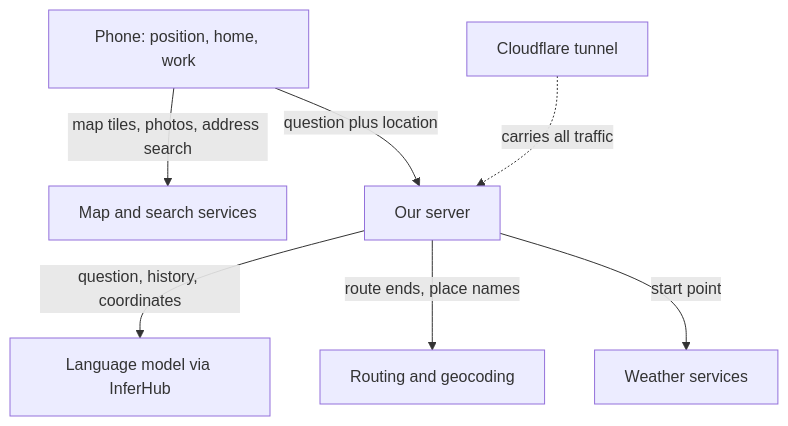
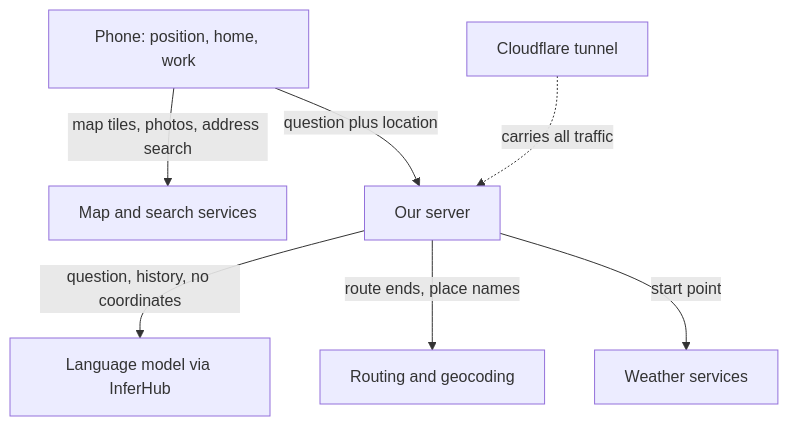
One commit to Pukujan-lab/nyc-map-agent changed the diagram in docs/PRIVACY.md. Above: the diagram before and after it, drawn with Mermaid. The commit also changed other lines of this file and 6 other files, not shown here.

````diff
--- a/docs/PRIVACY.md
+++ b/docs/PRIVACY.md
@@ -11,9 +11,9 @@
 ```mermaid
 graph TD
   A[Phone: position, home, work] -->|map tiles, photos, address search| T[Map and search services]
   A -->|question plus location| S[Our server]
-  S -->|question, history, coordinates| M[Language model via InferHub]
+  S -->|question, history, no coordinates| M[Language model via InferHub]
   S -->|route ends, place names| R[Routing and geocoding]
   S -->|start point| W[Weather services]
   C[Cloudflare tunnel] -.->|carries all traffic| S
 ```
````
